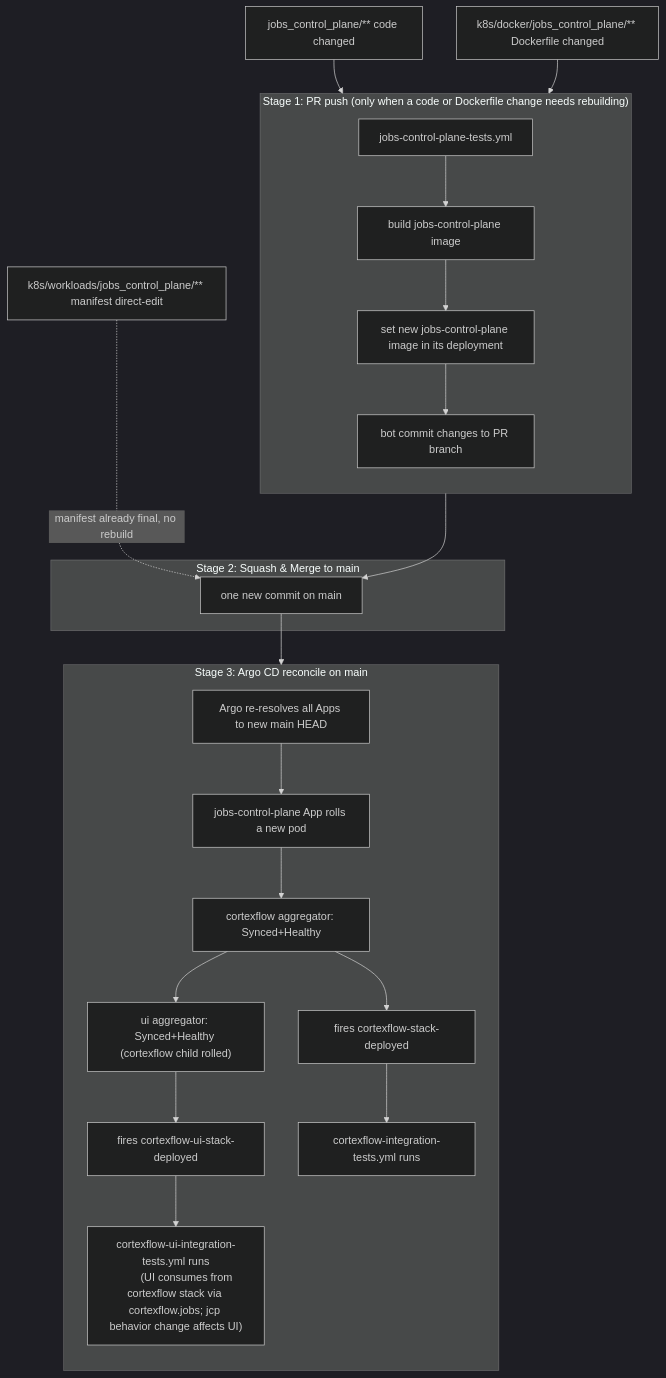
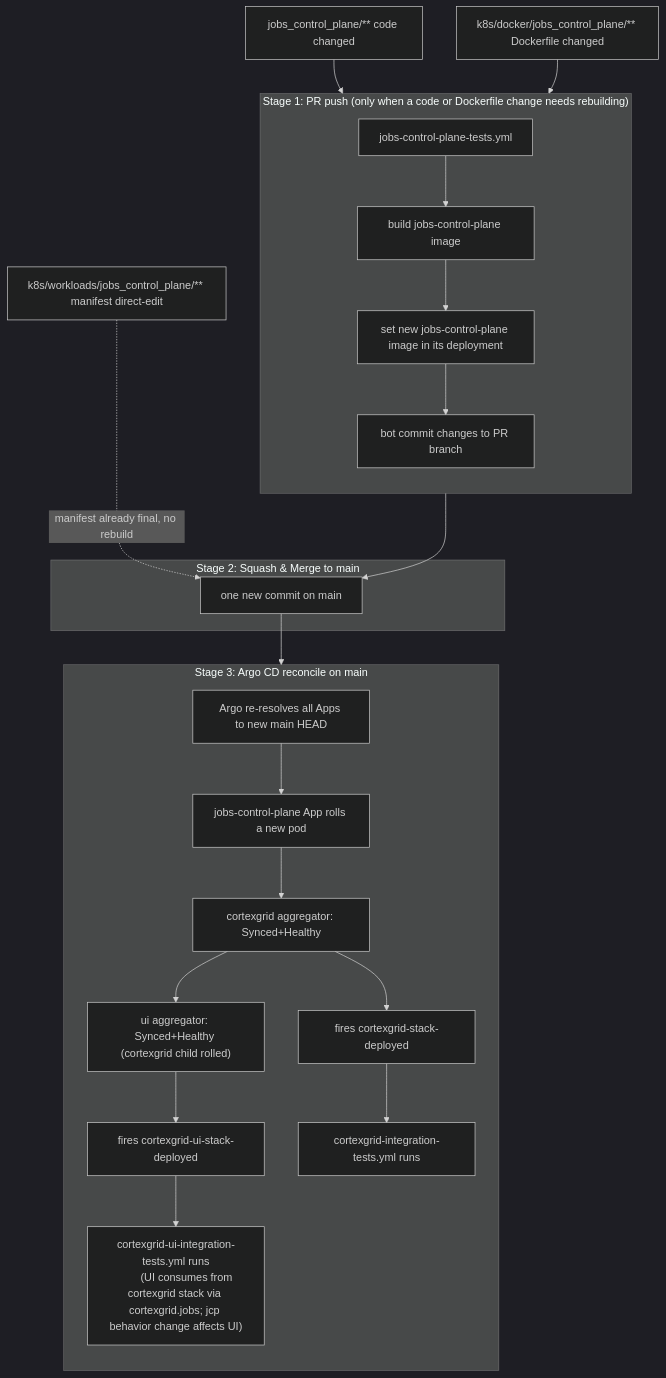
Before and after one commit to robodatalab/cortexgrid: the third of 8 diagrams in docs/k8s/cicd.md, drawn with Mermaid (dark theme). The commit also changed other lines of this file and 142 other files, not shown here.

Commit message:
finish renaming cortexflow -> cortexgrid

````diff
--- a/docs/k8s/cicd.md
+++ b/docs/k8s/cicd.md
@@ -163,48 +163,48 @@
 ```mermaid
 flowchart TB
     src["jobs_control_plane/** code changed"]
     dsrc["k8s/docker/jobs_control_plane/** Dockerfile changed"]
     wl["k8s/workloads/jobs_control_plane/** manifest direct-edit"]
 
     subgraph S1["Stage 1: PR push (only when a code or Dockerfile change needs rebuilding)"]
         direction TB
         T1["jobs-control-plane-tests.yml"]
         B1["build jobs-control-plane image"]
         E1["set new jobs-control-plane image in its deployment"]
         C["bot commit changes to PR branch"]
         T1 --> B1
         B1 --> E1
         E1 --> C
     end
 
     src --> T1
     dsrc --> B1
 
     subgraph S2["Stage 2: Squash & Merge to main"]
         M["one new commit on main"]
     end
     C --> M
     wl -. manifest already final, no rebuild .-> M
 
     subgraph S3["Stage 3: Argo CD reconcile on main"]
         direction TB
         Sync["Argo re-resolves all Apps to new main HEAD"]
         Roll_jcp["jobs-control-plane App rolls a new pod"]
-        Agg_cf["cortexflow aggregator: Synced+Healthy"]
-        Agg_ui["ui aggregator: Synced+Healthy (cortexflow child rolled)"]
-        N_cf["fires cortexflow-stack-deployed"]
-        N_ui["fires cortexflow-ui-stack-deployed"]
-        IT_cf["cortexflow-integration-tests.yml runs"]
-        IT_uic["cortexflow-ui-integration-tests.yml runs
-        (UI consumes from cortexflow stack via cortexflow.jobs; jcp behavior change affects UI)"]
+        Agg_cf["cortexgrid aggregator: Synced+Healthy"]
+        Agg_ui["ui aggregator: Synced+Healthy (cortexgrid child rolled)"]
+        N_cf["fires cortexgrid-stack-deployed"]
+        N_ui["fires cortexgrid-ui-stack-deployed"]
+        IT_cf["cortexgrid-integration-tests.yml runs"]
+        IT_uic["cortexgrid-ui-integration-tests.yml runs
+        (UI consumes from cortexgrid stack via cortexgrid.jobs; jcp behavior change affects UI)"]
 
         Sync --> Roll_jcp
         Roll_jcp --> Agg_cf
         Agg_cf --> Agg_ui
         Agg_cf --> N_cf
         Agg_ui --> N_ui
         N_cf --> IT_cf
         N_ui --> IT_uic
     end
     M --> Sync
 ```
````
